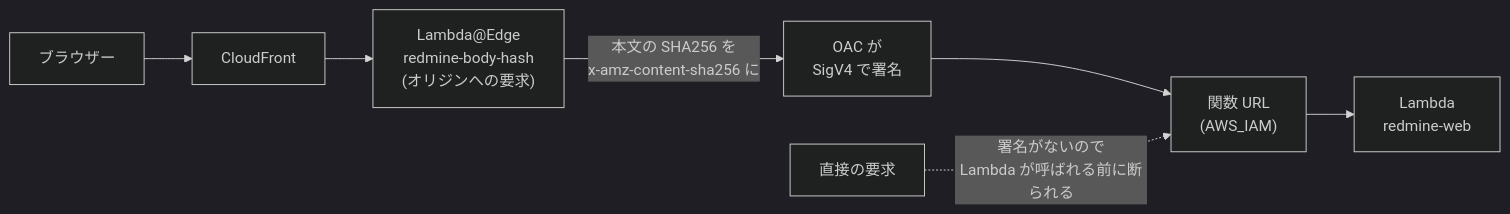
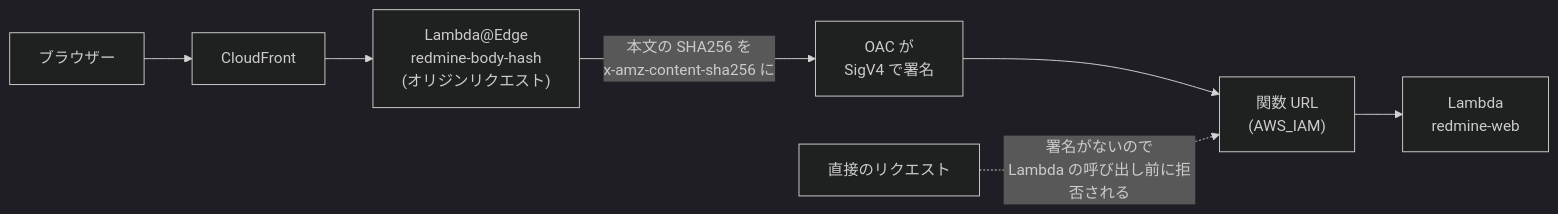
One commit to redmine-kit/serverless changed the second of 3 diagrams in docs/ja/lambda.md. Above: the diagram before and after it, drawn with Mermaid (dark theme). The commit also changed other lines of this file and 19 other files, not shown here.

````diff
--- a/docs/ja/lambda.md
+++ b/docs/ja/lambda.md
@@ -340,9 +340,9 @@
 ```mermaid
 flowchart LR
   b["ブラウザー"] --> cf["CloudFront"]
-  cf --> edge["Lambda@Edge<br>redmine-body-hash<br>(オリジンへの要求)"]
+  cf --> edge["Lambda@Edge<br>redmine-body-hash<br>(オリジンリクエスト)"]
   edge -- "本文の SHA256 を<br>x-amz-content-sha256 に" --> oac["OAC が<br>SigV4 で署名"]
   oac --> url["関数 URL<br>(AWS_IAM)"]
   url --> app["Lambda<br>redmine-web"]
-  direct["直接の要求"] -. "署名がないので<br>Lambda が呼ばれる前に断られる" .-> url
+  direct["直接のリクエスト"] -. "署名がないので<br>Lambda の呼び出し前に拒否される" .-> url
 ```
````
